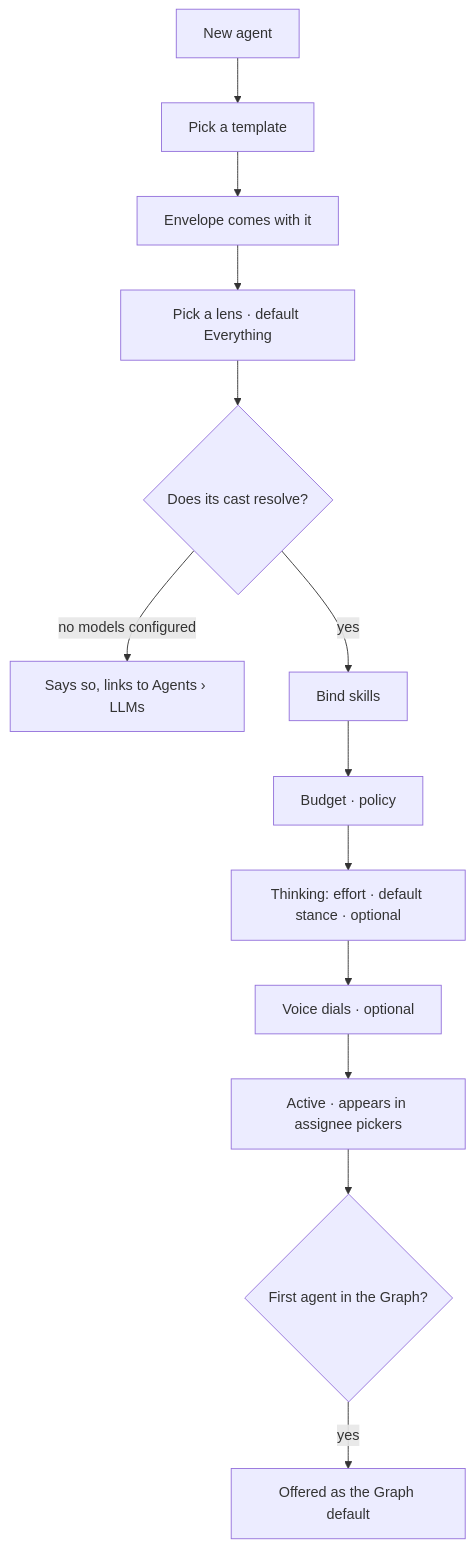
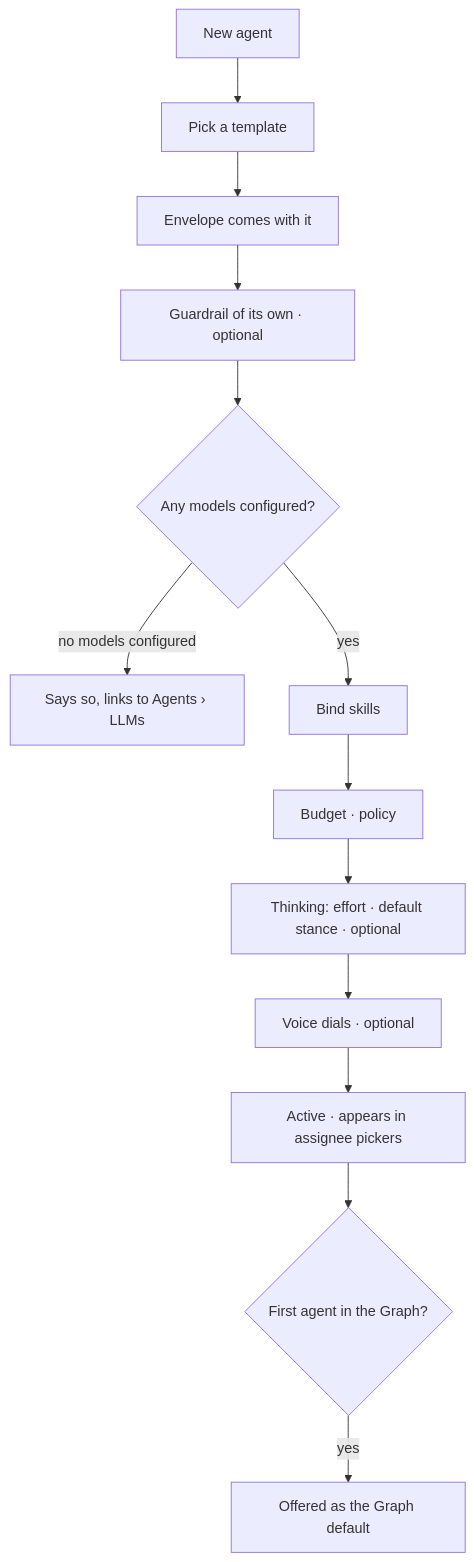
One commit to invana/invana changed the diagram in docs/for-developers/modules/agents/features/author-an-agent.md. Above: the diagram before and after it, drawn with Mermaid. The commit also changed other lines of this file and 8 other files, not shown here.

````diff
--- a/docs/for-developers/modules/agents/features/author-an-agent.md
+++ b/docs/for-developers/modules/agents/features/author-an-agent.md
@@ -43,15 +44,15 @@
 ```mermaid
 flowchart TD
     A[New agent] --> B[Pick a template]
     B --> C[Envelope comes with it]
-    C --> D[Pick a lens · default Everything]
-    D --> E{Does its cast resolve?}
+    C --> D[Guardrail of its own · optional]
+    D --> E{Any models configured?}
     E -->|no models configured| F[Says so, links to Agents › LLMs]
     E -->|yes| G[Bind skills]
     G --> H[Budget · policy]
     H --> TH[Thinking: effort · default stance · optional]
     TH --> V[Voice dials · optional]
     V --> I[Active · appears in assignee pickers]
     I --> J{First agent in the Graph?}
     J -->|yes| K[Offered as the Graph default]
 ```
````
